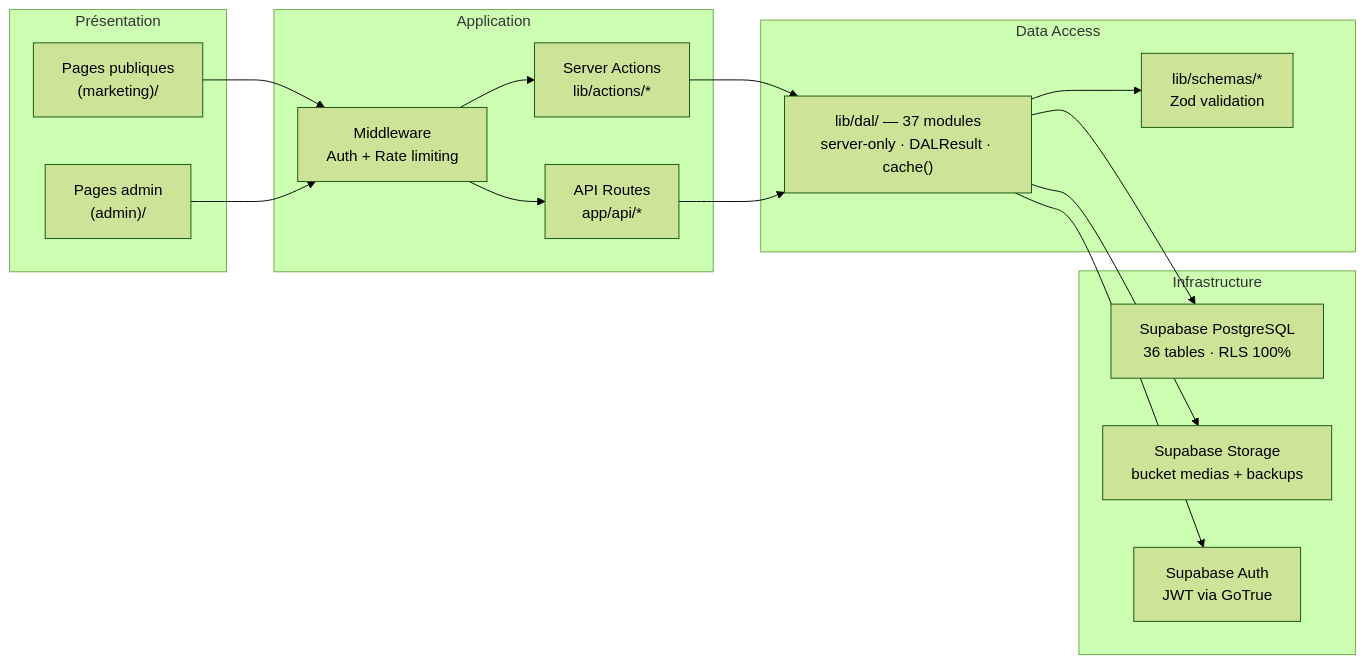
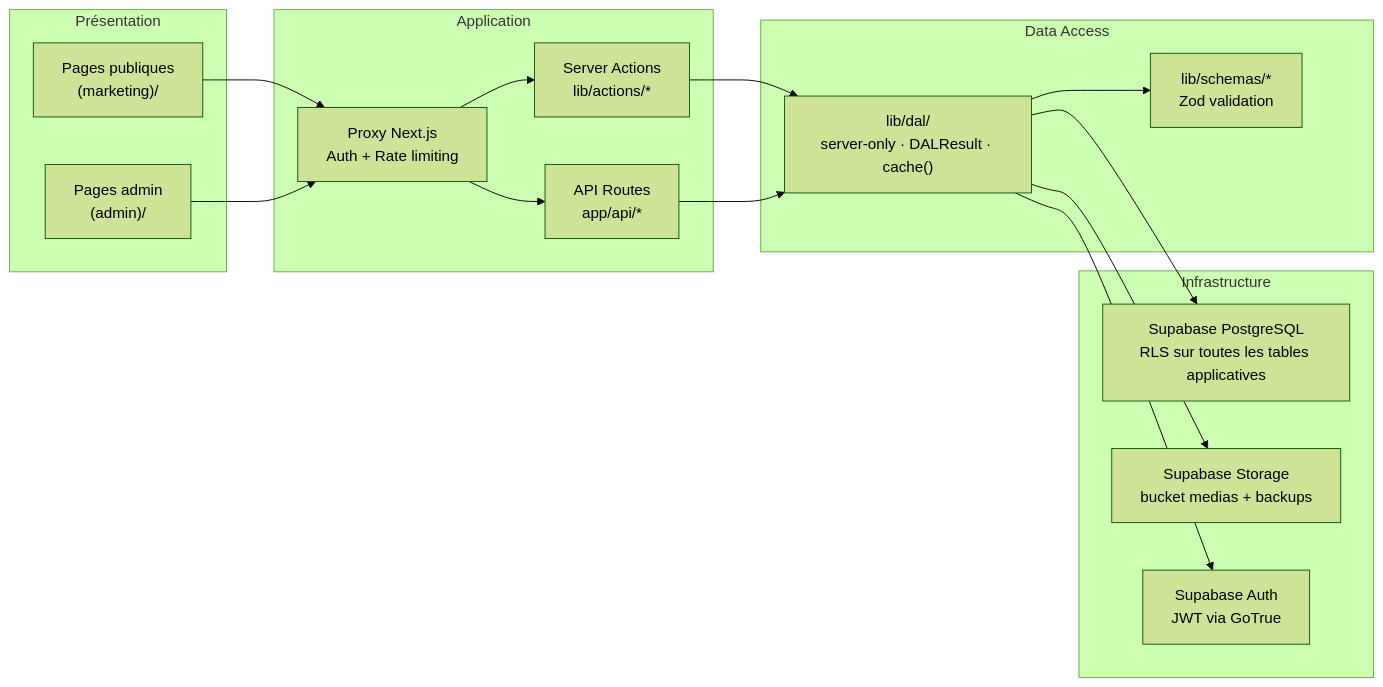
Before and after one commit to YanBerdin/rougecardinalcompany: the first of 2 diagrams in README.md, drawn with Mermaid (forest theme). The commit also changed other lines of this file and 5 other files, not shown here.

````diff
--- a/README.md
+++ b/README.md
@@ -52,30 +53,30 @@
 ```mermaid
 flowchart LR
   subgraph L1["Présentation"]
     PUBP["Pages publiques\n(marketing)/"]
     ADMP["Pages admin\n(admin)/"]
   end
 
   subgraph L2["Application"]
-    MIDDLE["Middleware\nAuth + Rate limiting"]
+    MIDDLE["Proxy Next.js\nAuth + Rate limiting"]
     SA["Server Actions\nlib/actions/*"]
     APIR["API Routes\napp/api/*"]
   end
 
   subgraph L3["Data Access"]
-    DAL["lib/dal/ — 37 modules\nserver-only · DALResult<T> · cache()"]
+    DAL["lib/dal/\nserver-only · DALResult<T> · cache()"]
     SCHEMA["lib/schemas/*\nZod validation"]
   end
 
   subgraph L4["Infrastructure"]
-    PG["Supabase PostgreSQL\n36 tables · RLS 100%"]
+    PG["Supabase PostgreSQL\nRLS sur toutes les tables applicatives"]
     STORAGE["Supabase Storage\nbucket medias + backups"]
     AUTH["Supabase Auth\nJWT via GoTrue"]
   end
 
   PUBP & ADMP --> MIDDLE
   MIDDLE --> SA & APIR
   SA & APIR --> DAL
   DAL --> SCHEMA
   DAL --> PG & STORAGE & AUTH
 ```
````
